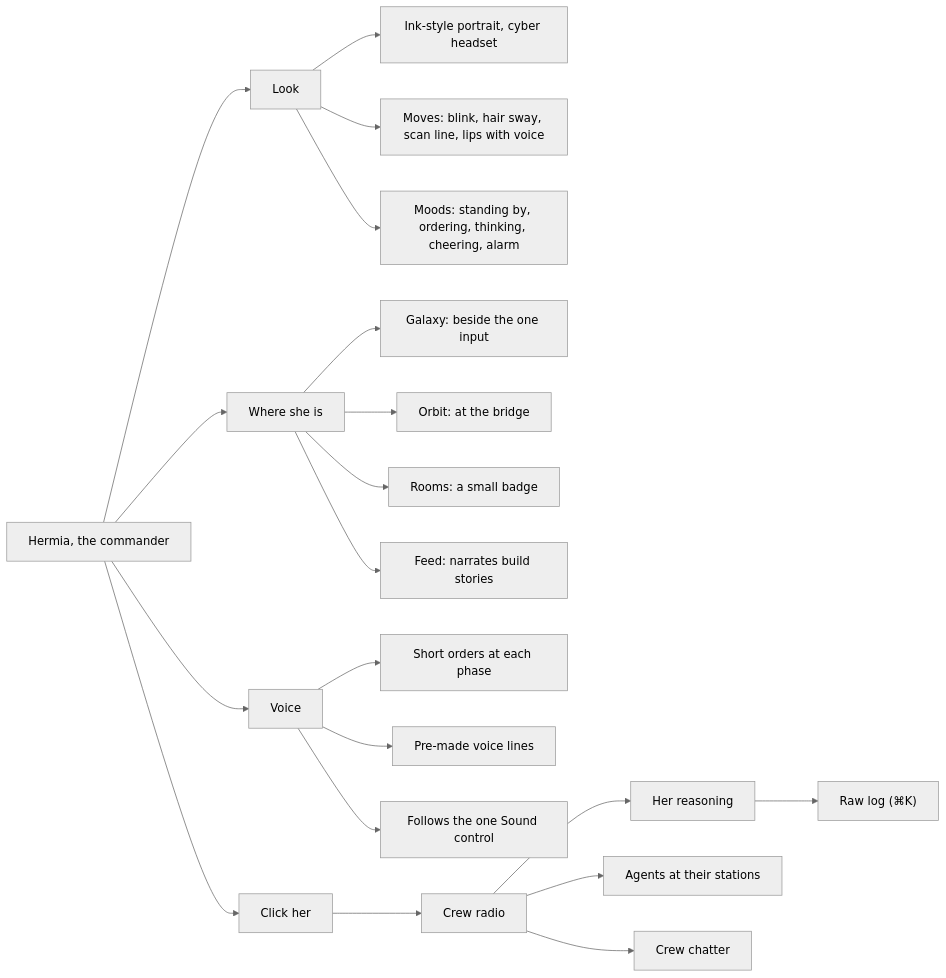
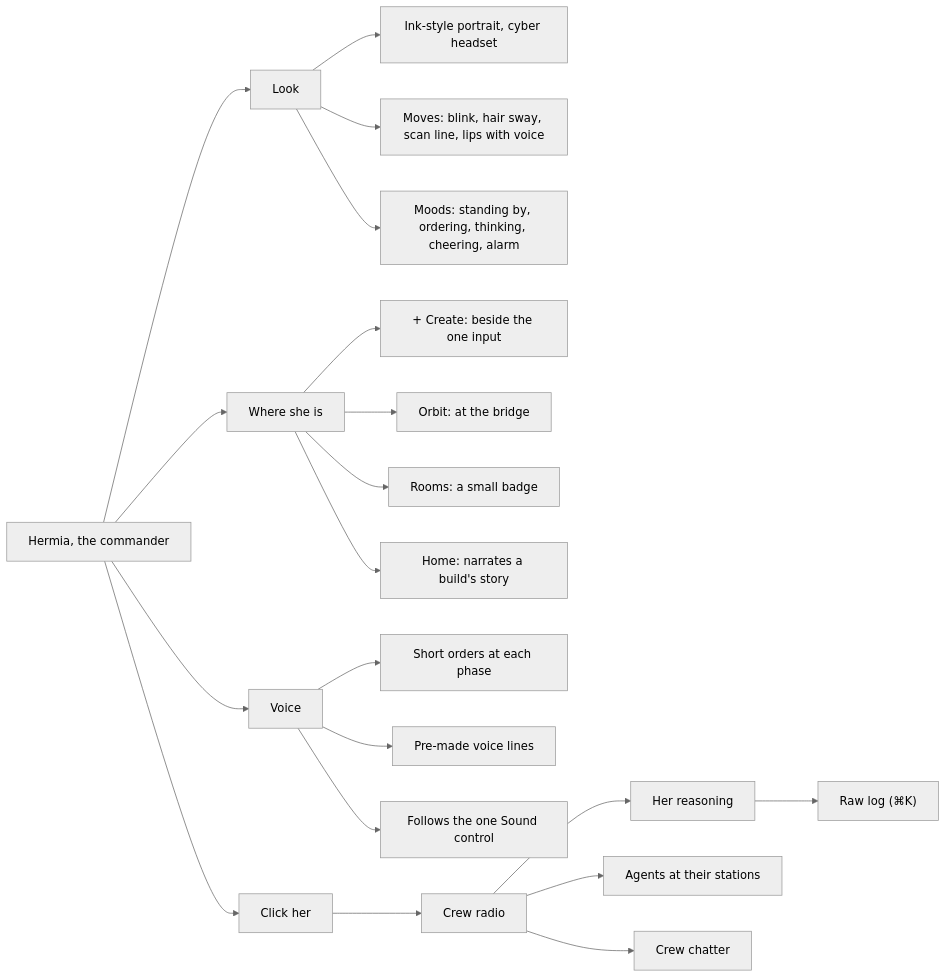
One commit to Pukujan/swarm-studio changed diagram 15 of 22 in docs/ux/SITEMAP.md. Above: the diagram before and after it, drawn with Mermaid (neutral theme). The commit also changed other lines of this file and 4 other files, not shown here.

````diff
--- a/docs/ux/SITEMAP.md
+++ b/docs/ux/SITEMAP.md
@@ -357,22 +378,22 @@
 ```mermaid
 flowchart LR
   HM["Hermia, the commander"] --> LK[Look]
   HM --> WR[Where she is]
   HM --> VC[Voice]
   HM --> HC[Click her]
   LK --> LK1["Ink-style portrait, cyber headset"]
   LK --> LK2["Moves: blink, hair sway, scan line, lips with voice"]
   LK --> LK3["Moods: standing by, ordering, thinking, cheering, alarm"]
-  WR --> WR1["Galaxy: beside the one input"]
+  WR --> WR1["+ Create: beside the one input"]
   WR --> WR2["Orbit: at the bridge"]
   WR --> WR3["Rooms: a small badge"]
-  WR --> WR4["Feed: narrates build stories"]
+  WR --> WR4["Home: narrates a build's story"]
   VC --> VC1["Short orders at each phase"]
   VC --> VC2["Pre-made voice lines"]
   VC --> VC3["Follows the one Sound control"]
   HC --> CR[Crew radio]
   CR --> CR1[Her reasoning]
   CR --> CR2[Agents at their stations]
   CR --> CR3[Crew chatter]
   CR1 --> CR4["Raw log (⌘K)"]
 ```
````
